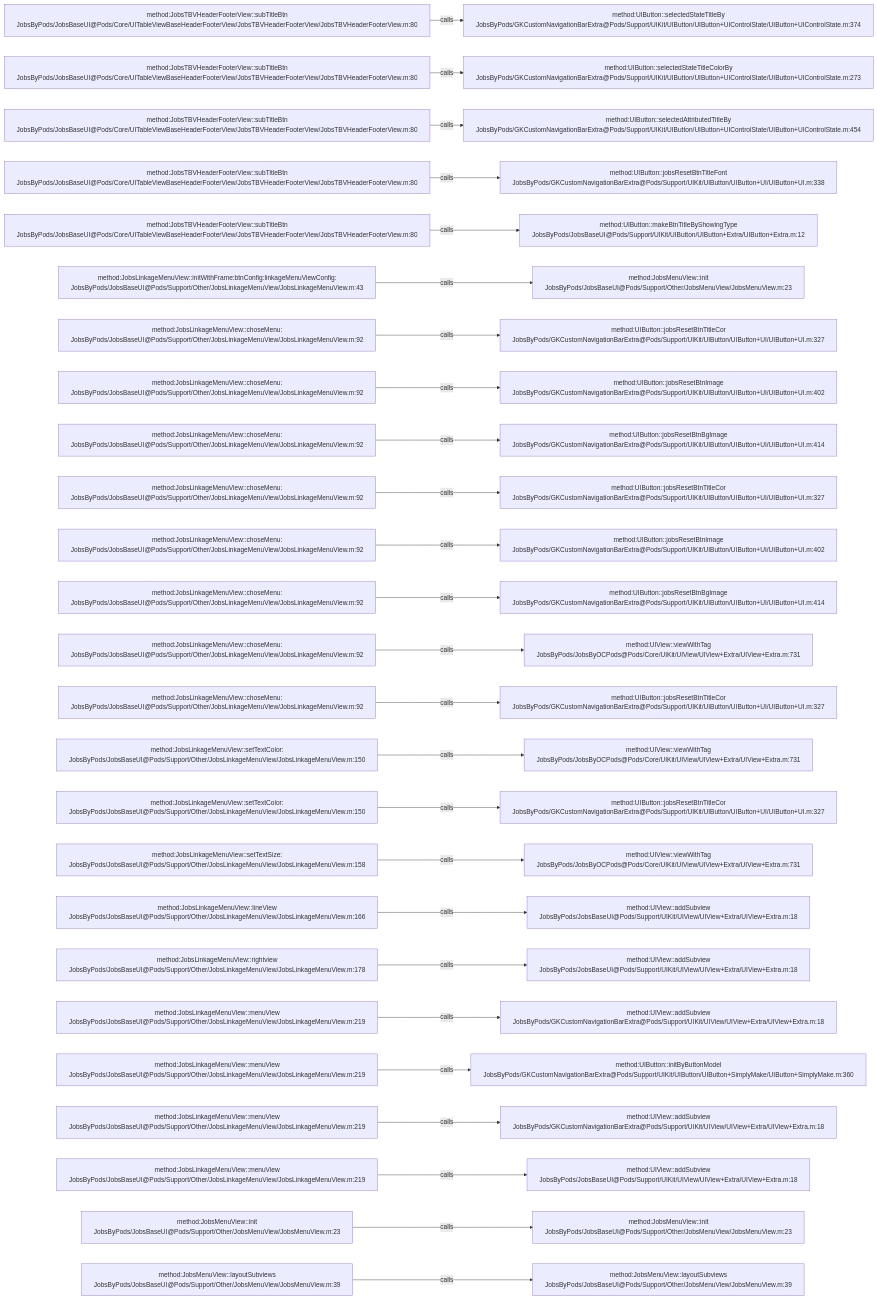
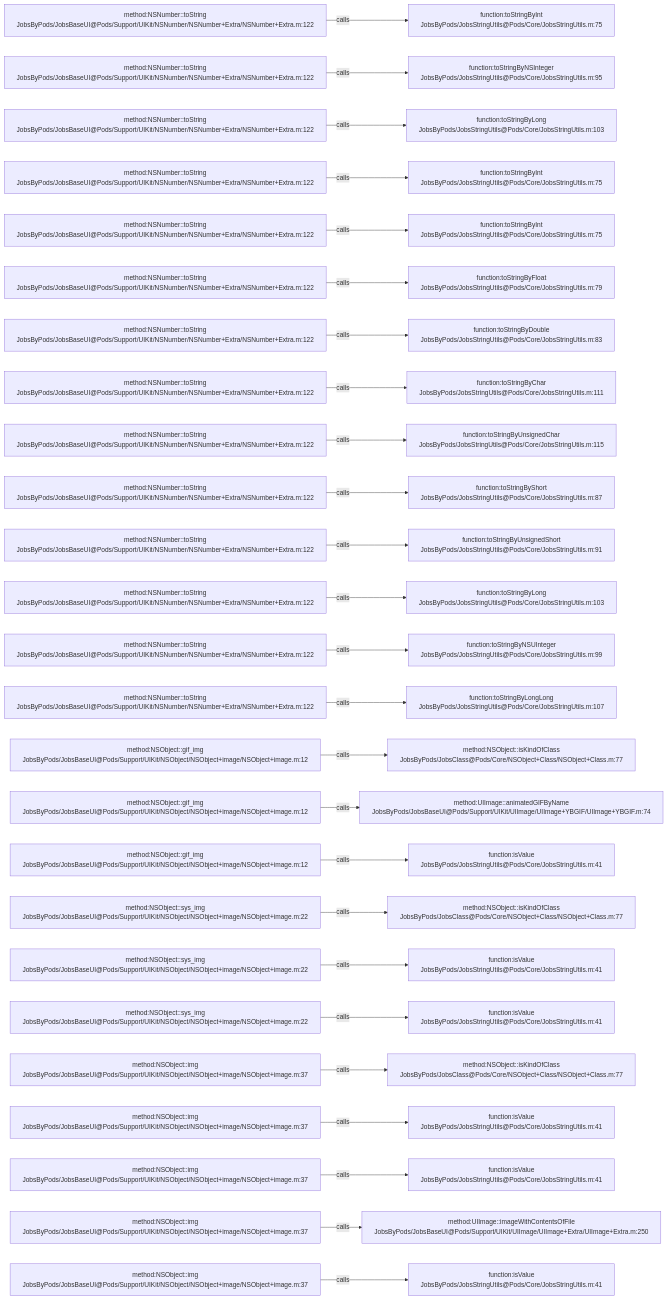
One commit to JobsKits/JobsOCBaseConfigDemo changed the diagram in .codegraph/codegraph.md/graphs/calls-036.md. Above: the diagram before and after it, drawn with Mermaid. The commit also changed 639 other files, not shown here.

````diff
--- a/.codegraph/codegraph.md/graphs/calls-036.md
+++ b/.codegraph/codegraph.md/graphs/calls-036.md
@@ -13,78 +13,78 @@
 ```mermaid
 flowchart LR
-  S1["method:JobsTBVHeaderFooterView::subTitleBtn<br/>JobsByPods/JobsBaseUI@Pods/Core/UITableViewBaseHeaderFooterView/JobsTBVHeaderFooterView/JobsTBVHeaderFooterView.m:80"]
-  T1["method:UIButton::selectedStateTitleBy<br/>JobsByPods/GKCustomNavigationBarExtra@Pods/Support/UIKit/UIButton/UIButton+UIControlState/UIButton+UIControlState.m:374"]
+  S1["method:NSNumber::toString<br/>JobsByPods/JobsBaseUI@Pods/Support/UIKit/NSNumber/NSNumber+Extra/NSNumber+Extra.m:122"]
+  T1["function:toStringByInt<br/>JobsByPods/JobsStringUtils@Pods/Core/JobsStringUtils.m:75"]
   S1 -->|calls| T1
-  S2["method:JobsTBVHeaderFooterView::subTitleBtn<br/>JobsByPods/JobsBaseUI@Pods/Core/UITableViewBaseHeaderFooterView/JobsTBVHeaderFooterView/JobsTBVHeaderFooterView.m:80"]
-  T2["method:UIButton::selectedStateTitleColorBy<br/>JobsByPods/GKCustomNavigationBarExtra@Pods/Support/UIKit/UIButton/UIButton+UIControlState/UIButton+UIControlState.m:273"]
+  S2["method:NSNumber::toString<br/>JobsByPods/JobsBaseUI@Pods/Support/UIKit/NSNumber/NSNumber+Extra/NSNumber+Extra.m:122"]
+  T2["function:toStringByNSInteger<br/>JobsByPods/JobsStringUtils@Pods/Core/JobsStringUtils.m:95"]
   S2 -->|calls| T2
-  S3["method:JobsTBVHeaderFooterView::subTitleBtn<br/>JobsByPods/JobsBaseUI@Pods/Core/UITableViewBaseHeaderFooterView/JobsTBVHeaderFooterView/JobsTBVHeaderFooterView.m:80"]
-  T3["method:UIButton::selectedAttributedTitleBy<br/>JobsByPods/GKCustomNavigationBarExtra@Pods/Support/UIKit/UIButton/UIButton+UIControlState/UIButton+UIControlState.m:454"]
+  S3["method:NSNumber::toString<br/>JobsByPods/JobsBaseUI@Pods/Support/UIKit/NSNumber/NSNumber+Extra/NSNumber+Extra.m:122"]
+  T3["function:toStringByLong<br/>JobsByPods/JobsStringUtils@Pods/Core/JobsStringUtils.m:103"]
   S3 -->|calls| T3
-  S4["method:JobsTBVHeaderFooterView::subTitleBtn<br/>JobsByPods/JobsBaseUI@Pods/Core/UITableViewBaseHeaderFooterView/JobsTBVHeaderFooterView/JobsTBVHeaderFooterView.m:80"]
-  T4["method:UIButton::jobsResetBtnTitleFont<br/>JobsByPods/GKCustomNavigationBarExtra@Pods/Support/UIKit/UIButton/UIButton+UI/UIButton+UI.m:338"]
+  S4["method:NSNumber::toString<br/>JobsByPods/JobsBaseUI@Pods/Support/UIKit/NSNumber/NSNumber+Extra/NSNumber+Extra.m:122"]
+  T4["function:toStringByInt<br/>JobsByPods/JobsStringUtils@Pods/Core/JobsStringUtils.m:75"]
   S4 -->|calls| T4
-  S5["method:JobsTBVHeaderFooterView::subTitleBtn<br/>JobsByPods/JobsBaseUI@Pods/Core/UITableViewBaseHeaderFooterView/JobsTBVHeaderFooterView/JobsTBVHeaderFooterView.m:80"]
-  T5["method:UIButton::makeBtnTitleByShowingType<br/>JobsByPods/JobsBaseUI@Pods/Support/UIKit/UIButton/UIButton+Extra/UIButton+Extra.m:12"]
+  S5["method:NSNumber::toString<br/>JobsByPods/JobsBaseUI@Pods/Support/UIKit/NSNumber/NSNumber+Extra/NSNumber+Extra.m:122"]
+  T5["function:toStringByInt<br/>JobsByPods/JobsStringUtils@Pods/Core/JobsStringUtils.m:75"]
   S5 -->|calls| T5
-  S6["method:JobsLinkageMenuView::initWithFrame:btnConfig:linkageMenuViewConfig:<br/>JobsByPods/JobsBaseUI@Pods/Support/Other/JobsLinkageMenuView/JobsLinkageMenuView.m:43"]
-  T6["method:JobsMenuView::init<br/>JobsByPods/JobsBaseUI@Pods/Support/Other/JobsMenuView/JobsMenuView.m:23"]
+  S6["method:NSNumber::toString<br/>JobsByPods/JobsBaseUI@Pods/Support/UIKit/NSNumber/NSNumber+Extra/NSNumber+Extra.m:122"]
+  T6["function:toStringByFloat<br/>JobsByPods/JobsStringUtils@Pods/Core/JobsStringUtils.m:79"]
   S6 -->|calls| T6
-  S7["method:JobsLinkageMenuView::choseMenu:<br/>JobsByPods/JobsBaseUI@Pods/Support/Other/JobsLinkageMenuView/JobsLinkageMenuView.m:92"]
-  T7["method:UIButton::jobsResetBtnTitleCor<br/>JobsByPods/GKCustomNavigationBarExtra@Pods/Support/UIKit/UIButton/UIButton+UI/UIButton+UI.m:327"]
+  S7["method:NSNumber::toString<br/>JobsByPods/JobsBaseUI@Pods/Support/UIKit/NSNumber/NSNumber+Extra/NSNumber+Extra.m:122"]
+  T7["function:toStringByDouble<br/>JobsByPods/JobsStringUtils@Pods/Core/JobsStringUtils.m:83"]
   S7 -->|calls| T7
-  S8["method:JobsLinkageMenuView::choseMenu:<br/>JobsByPods/JobsBaseUI@Pods/Support/Other/JobsLinkageMenuView/JobsLinkageMenuView.m:92"]
-  T8["method:UIButton::jobsResetBtnImage<br/>JobsByPods/GKCustomNavigationBarExtra@Pods/Support/UIKit/UIButton/UIButton+UI/UIButton+UI.m:402"]
+  S8["method:NSNumber::toString<br/>JobsByPods/JobsBaseUI@Pods/Support/UIKit/NSNumber/NSNumber+Extra/NSNumber+Extra.m:122"]
+  T8["function:toStringByChar<br/>JobsByPods/JobsStringUtils@Pods/Core/JobsStringUtils.m:111"]
   S8 -->|calls| T8
-  S9["method:JobsLinkageMenuView::choseMenu:<br/>JobsByPods/JobsBaseUI@Pods/Support/Other/JobsLinkageMenuView/JobsLinkageMenuView.m:92"]
-  T9["method:UIButton::jobsResetBtnBgImage<br/>JobsByPods/GKCustomNavigationBarExtra@Pods/Support/UIKit/UIButton/UIButton+UI/UIButton+UI.m:414"]
+  S9["method:NSNumber::toString<br/>JobsByPods/JobsBaseUI@Pods/Support/UIKit/NSNumber/NSNumber+Extra/NSNumber+Extra.m:122"]
+  T9["function:toStringByUnsignedChar<br/>JobsByPods/JobsStringUtils@Pods/Core/JobsStringUtils.m:115"]
   S9 -->|calls| T9
-  S10["method:JobsLinkageMenuView::choseMenu:<br/>JobsByPods/JobsBaseUI@Pods/Support/Other/JobsLinkageMenuView/JobsLinkageMenuView.m:92"]
-  T10["method:UIButton::jobsResetBtnTitleCor<br/>JobsByPods/GKCustomNavigationBarExtra@Pods/Support/UIKit/UIButton/UIButton+UI/UIButton+UI.m:327"]
+  S10["method:NSNumber::toString<br/>JobsByPods/JobsBaseUI@Pods/Support/UIKit/NSNumber/NSNumber+Extra/NSNumber+Extra.m:122"]
+  T10["function:toStringByShort<br/>JobsByPods/JobsStringUtils@Pods/Core/JobsStringUtils.m:87"]
   S10 -->|calls| T10
-  S11["method:JobsLinkageMenuView::choseMenu:<br/>JobsByPods/JobsBaseUI@Pods/Support/Other/JobsLinkageMenuView/JobsLinkageMenuView.m:92"]
-  T11["method:UIButton::jobsResetBtnImage<br/>JobsByPods/GKCustomNavigationBarExtra@Pods/Support/UIKit/UIButton/UIButton+UI/UIButton+UI.m:402"]
+  S11["method:NSNumber::toString<br/>JobsByPods/JobsBaseUI@Pods/Support/UIKit/NSNumber/NSNumber+Extra/NSNumber+Extra.m:122"]
+  T11["function:toStringByUnsignedShort<br/>JobsByPods/JobsStringUtils@Pods/Core/JobsStringUtils.m:91"]
   S11 -->|calls| T11
-  S12["method:JobsLinkageMenuView::choseMenu:<br/>JobsByPods/JobsBaseUI@Pods/Support/Other/JobsLinkageMenuView/JobsLinkageMenuView.m:92"]
-  T12["method:UIButton::jobsResetBtnBgImage<br/>JobsByPods/GKCustomNavigationBarExtra@Pods/Support/UIKit/UIButton/UIButton+UI/UIButton+UI.m:414"]
+  S12["method:NSNumber::toString<br/>JobsByPods/JobsBaseUI@Pods/Support/UIKit/NSNumber/NSNumber+Extra/NSNumber+Extra.m:122"]
+  T12["function:toStringByLong<br/>JobsByPods/JobsStringUtils@Pods/Core/JobsStringUtils.m:103"]
   S12 -->|calls| T12
-  S13["method:JobsLinkageMenuView::choseMenu:<br/>JobsByPods/JobsBaseUI@Pods/Support/Other/JobsLinkageMenuView/JobsLinkageMenuView.m:92"]
-  T13["method:UIView::viewWithTag<br/>JobsByPods/JobsByOCPods@Pods/Core/UIKit/UIView/UIView+Extra/UIView+Extra.m:731"]
+  S13["method:NSNumber::toString<br/>JobsByPods/JobsBaseUI@Pods/Support/UIKit/NSNumber/NSNumber+Extra/NSNumber+Extra.m:122"]
+  T13["function:toStringByNSUInteger<br/>JobsByPods/JobsStringUtils@Pods/Core/JobsStringUtils.m:99"]
   S13 -->|calls| T13
-  S14["method:JobsLinkageMenuView::choseMenu:<br/>JobsByPods/JobsBaseUI@Pods/Support/Other/JobsLinkageMenuView/JobsLinkageMenuView.m:92"]
-  T14["method:UIButton::jobsResetBtnTitleCor<br/>JobsByPods/GKCustomNavigationBarExtra@Pods/Support/UIKit/UIButton/UIButton+UI/UIButton+UI.m:327"]
+  S14["method:NSNumber::toString<br/>JobsByPods/JobsBaseUI@Pods/Support/UIKit/NSNumber/NSNumber+Extra/NSNumber+Extra.m:122"]
+  T14["function:toStringByLongLong<br/>JobsByPods/JobsStringUtils@Pods/Core/JobsStringUtils.m:107"]
   S14 -->|calls| T14
-  S15["method:JobsLinkageMenuView::setTextColor:<br/>JobsByPods/JobsBaseUI@Pods/Support/Other/JobsLinkageMenuView/JobsLinkageMenuView.m:150"]
-  T15["method:UIView::viewWithTag<br/>JobsByPods/JobsByOCPods@Pods/Core/UIKit/UIView/UIView+Extra/UIView+Extra.m:731"]
+  S15["method:NSObject::gif_img<br/>JobsByPods/JobsBaseUI@Pods/Support/UIKit/NSObject/NSObject+image/NSObject+image.m:12"]
+  T15["method:NSObject::isKindOfClass<br/>JobsByPods/JobsClass@Pods/Core/NSObject+Class/NSObject+Class.m:77"]
   S15 -->|calls| T15
-  S16["method:JobsLinkageMenuView::setTextColor:<br/>JobsByPods/JobsBaseUI@Pods/Support/Other/JobsLinkageMenuView/JobsLinkageMenuView.m:150"]
-  T16["method:UIButton::jobsResetBtnTitleCor<br/>JobsByPods/GKCustomNavigationBarExtra@Pods/Support/UIKit/UIButton/UIButton+UI/UIButton+UI.m:327"]
+  S16["method:NSObject::gif_img<br/>JobsByPods/JobsBaseUI@Pods/Support/UIKit/NSObject/NSObject+image/NSObject+image.m:12"]
+  T16["method:UIImage::animatedGIFByName<br/>JobsByPods/JobsBaseUI@Pods/Support/UIKit/UIImage/UIImage+YBGIF/UIImage+YBGIF.m:74"]
   S16 -->|calls| T16
-  S17["method:JobsLinkageMenuView::setTextSize:<br/>JobsByPods/JobsBaseUI@Pods/Support/Other/JobsLinkageMenuView/JobsLinkageMenuView.m:158"]
-  T17["method:UIView::viewWithTag<br/>JobsByPods/JobsByOCPods@Pods/Core/UIKit/UIView/UIView+Extra/UIView+Extra.m:731"]
+  S17["method:NSObject::gif_img<br/>JobsByPods/JobsBaseUI@Pods/Support/UIKit/NSObject/NSObject+image/NSObject+image.m:12"]
+  T17["function:isValue<br/>JobsByPods/JobsStringUtils@Pods/Core/JobsStringUtils.m:41"]
   S17 -->|calls| T17
-  S18["method:JobsLinkageMenuView::lineView<br/>JobsByPods/JobsBaseUI@Pods/Support/Other/JobsLinkageMenuView/JobsLinkageMenuView.m:166"]
-  T18["method:UIView::addSubview<br/>JobsByPods/JobsBaseUI@Pods/Support/UIKit/UIView/UIView+Extra/UIView+Extra.m:18"]
+  S18["method:NSObject::sys_img<br/>JobsByPods/JobsBaseUI@Pods/Support/UIKit/NSObject/NSObject+image/NSObject+image.m:22"]
+  T18["method:NSObject::isKindOfClass<br/>JobsByPods/JobsClass@Pods/Core/NSObject+Class/NSObject+Class.m:77"]
   S18 -->|calls| T18
-  S19["method:JobsLinkageMenuView::rightview<br/>JobsByPods/JobsBaseUI@Pods/Support/Other/JobsLinkageMenuView/JobsLinkageMenuView.m:178"]
-  T19["method:UIView::addSubview<br/>JobsByPods/JobsBaseUI@Pods/Support/UIKit/UIView/UIView+Extra/UIView+Extra.m:18"]
+  S19["method:NSObject::sys_img<br/>JobsByPods/JobsBaseUI@Pods/Support/UIKit/NSObject/NSObject+image/NSObject+image.m:22"]
+  T19["function:isValue<br/>JobsByPods/JobsStringUtils@Pods/Core/JobsStringUtils.m:41"]
   S19 -->|calls| T19
-  S20["method:JobsLinkageMenuView::menuView<br/>JobsByPods/JobsBaseUI@Pods/Support/Other/JobsLinkageMenuView/JobsLinkageMenuView.m:219"]
-  T20["method:UIView::addSubview<br/>JobsByPods/GKCustomNavigationBarExtra@Pods/Support/UIKit/UIView/UIView+Extra/UIView+Extra.m:18"]
+  S20["method:NSObject::sys_img<br/>JobsByPods/JobsBaseUI@Pods/Support/UIKit/NSObject/NSObject+image/NSObject+image.m:22"]
+  T20["function:isValue<br/>JobsByPods/JobsStringUtils@Pods/Core/JobsStringUtils.m:41"]
   S20 -->|calls| T20
-  S21["method:JobsLinkageMenuView::menuView<br/>JobsByPods/JobsBaseUI@Pods/Support/Other/JobsLinkageMenuView/JobsLinkageMenuView.m:219"]
-  T21["method:UIButton::initByButtonModel<br/>JobsByPods/GKCustomNavigationBarExtra@Pods/Support/UIKit/UIButton/UIButton+SimplyMake/UIButton+SimplyMake.m:360"]
+  S21["method:NSObject::img<br/>JobsByPods/JobsBaseUI@Pods/Support/UIKit/NSObject/NSObject+image/NSObject+image.m:37"]
+  T21["method:NSObject::isKindOfClass<br/>JobsByPods/JobsClass@Pods/Core/NSObject+Class/NSObject+Class.m:77"]
   S21 -->|calls| T21
-  S22["method:JobsLinkageMenuView::menuView<br/>JobsByPods/JobsBaseUI@Pods/Support/Other/JobsLinkageMenuView/JobsLinkageMenuView.m:219"]
-  T22["method:UIView::addSubview<br/>JobsByPods/GKCustomNavigationBarExtra@Pods/Support/UIKit/UIView/UIView+Extra/UIView+Extra.m:18"]
+  S22["method:NSObject::img<br/>JobsByPods/JobsBaseUI@Pods/Support/UIKit/NSObject/NSObject+image/NSObject+image.m:37"]
+  T22["function:isValue<br/>JobsByPods/JobsStringUtils@Pods/Core/JobsStringUtils.m:41"]
   S22 -->|calls| T22
-  S23["method:JobsLinkageMenuView::menuView<br/>JobsByPods/JobsBaseUI@Pods/Support/Other/JobsLinkageMenuView/JobsLinkageMenuView.m:219"]
-  T23["method:UIView::addSubview<br/>JobsByPods/JobsBaseUI@Pods/Support/UIKit/UIView/UIView+Extra/UIView+Extra.m:18"]
+  S23["method:NSObject::img<br/>JobsByPods/JobsBaseUI@Pods/Support/UIKit/NSObject/NSObject+image/NSObject+image.m:37"]
+  T23["function:isValue<br/>JobsByPods/JobsStringUtils@Pods/Core/JobsStringUtils.m:41"]
   S23 -->|calls| T23
-  S24["method:JobsMenuView::init<br/>JobsByPods/JobsBaseUI@Pods/Support/Other/JobsMenuView/JobsMenuView.m:23"]
-  T24["method:JobsMenuView::init<br/>JobsByPods/JobsBaseUI@Pods/Support/Other/JobsMenuView/JobsMenuView.m:23"]
+  S24["method:NSObject::img<br/>JobsByPods/JobsBaseUI@Pods/Support/UIKit/NSObject/NSObject+image/NSObject+image.m:37"]
+  T24["method:UIImage::imageWithContentsOfFile<br/>JobsByPods/JobsBaseUI@Pods/Support/UIKit/UIImage/UIImage+Extra/UIImage+Extra.m:250"]
   S24 -->|calls| T24
-  S25["method:JobsMenuView::layoutSubviews<br/>JobsByPods/JobsBaseUI@Pods/Support/Other/JobsMenuView/JobsMenuView.m:39"]
-  T25["method:JobsMenuView::layoutSubviews<br/>JobsByPods/JobsBaseUI@Pods/Support/Other/JobsMenuView/JobsMenuView.m:39"]
+  S25["method:NSObject::img<br/>JobsByPods/JobsBaseUI@Pods/Support/UIKit/NSObject/NSObject+image/NSObject+image.m:37"]
+  T25["function:isValue<br/>JobsByPods/JobsStringUtils@Pods/Core/JobsStringUtils.m:41"]
   S25 -->|calls| T25
 ```
````
